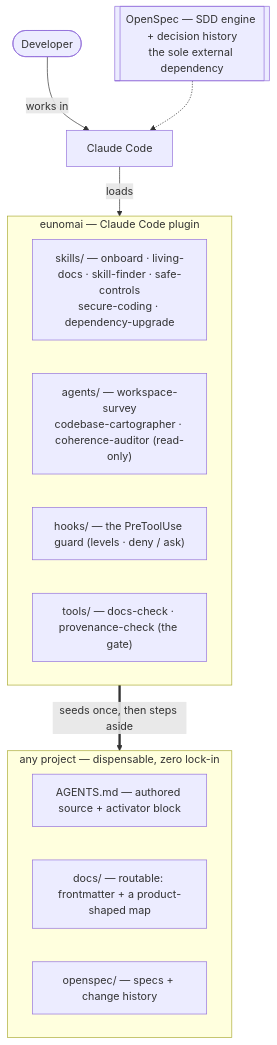
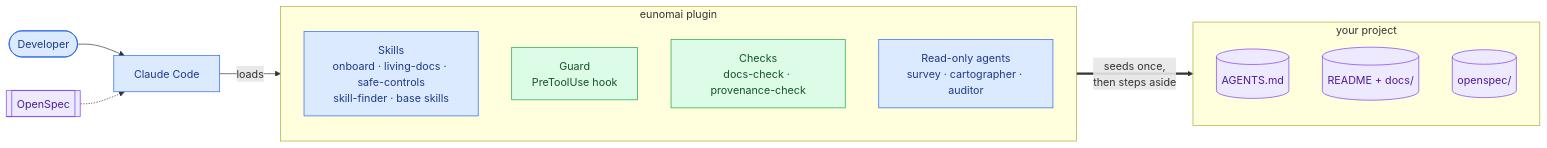
The first of 2 diagrams in README.md (grojof/eunomai), drawn with Mermaid before and after one commit. The commit also changed other lines of this file and 8 other files, not shown here.

First line of the commit message:
docs: a README map, the pillars' flows drawn, and a leaner cartographer (#6)

````diff
--- a/README.md
+++ b/README.md
@@ -14,22 +24,26 @@
 ```mermaid
-flowchart TB
-    Dev(["Developer"]) -->|works in| CC["Claude Code"]
-    OpenSpec[["OpenSpec — SDD engine + decision history<br/>the sole external dependency"]] -.-> CC
-
+flowchart LR
+    Dev([Developer]) --> CC[Claude Code]
+    OS[[OpenSpec]] -.-> CC
     CC -->|loads| Plugin
-
-    subgraph Plugin["eunomai — Claude Code plugin"]
-        Skills["skills/ — onboard · living-docs · skill-finder · safe-controls<br/>secure-coding · dependency-upgrade"]
-        Agents["agents/ — workspace-survey<br/>codebase-cartographer · coherence-auditor (read-only)"]
-        Hooks["hooks/ — the PreToolUse guard (levels · deny / ask)"]
-        Tools["tools/ — docs-check · provenance-check (the gate)"]
+    subgraph Plugin["eunomai plugin"]
+        direction TB
+        Skills[Skills<br/>onboard · living-docs · safe-controls<br/>skill-finder · base skills]
+        Guard[Guard<br/>PreToolUse hook]
+        Checks[Checks<br/>docs-check · provenance-check]
+        Agents[Read-only agents<br/>survey · cartographer · auditor]
     end
-
-    Plugin ==>|seeds once, then steps aside| Project
-
-    subgraph Project["any project — dispensable, zero lock-in"]
-        CLAUDEmd["AGENTS.md — authored source + activator block"]
-        Docs["docs/ — routable: frontmatter + a product-shaped map"]
-        Specs["openspec/ — specs + change history"]
+    Plugin ==>|seeds once,<br/>then steps aside| Project
+    subgraph Project["your project"]
+        direction TB
+        AG[(AGENTS.md)]
+        DOCS[(README + docs/)]
+        SPECS[(openspec/)]
     end
+    classDef step fill:#dbeafe,stroke:#2563eb,color:#1e3a8a
+    classDef guard fill:#dcfce7,stroke:#16a34a,color:#14532d
+    classDef data fill:#ede9fe,stroke:#7c3aed,color:#4c1d95
+    class Dev,CC,Skills,Agents step
+    class Guard,Checks guard
+    class OS,AG,DOCS,SPECS data
 ```
````
